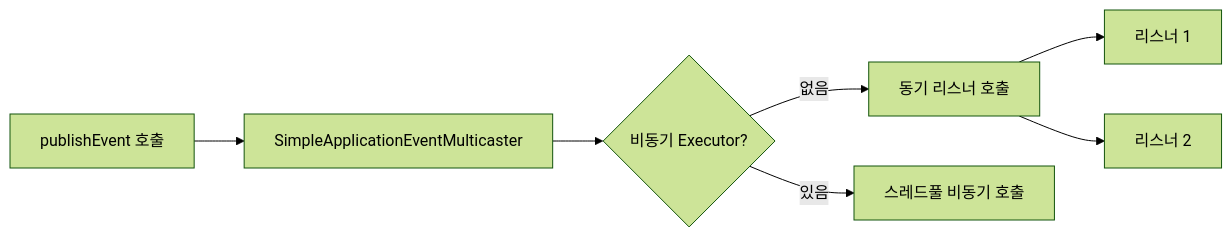
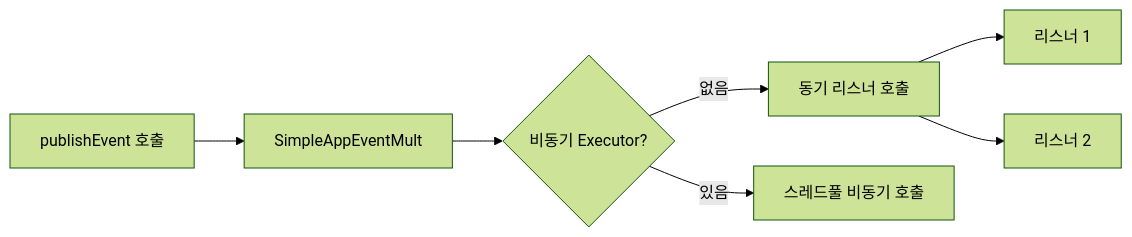
One commit to yjkim2015/yjkim2015.github.io changed the third of 7 diagrams in _posts/spring/2026-05-02-spring-core-advanced.md. Above: the diagram before and after it, drawn with Mermaid (forest theme). The commit also changed other lines of this file and 245 other files, not shown here.

First line of the commit message:
Mermaid 다이어그램 전면 수정 + 면접 포인트 접기/펼치기 + DB 데드락 페이지

````diff
--- a/_posts/spring/2026-05-02-spring-core-advanced.md
+++ b/_posts/spring/2026-05-02-spring-core-advanced.md
@@ -637,9 +637,9 @@
 ```mermaid
 graph LR
-    A["publishEvent 호출"] --> B["SimpleApplicationEventMulticaster"]
+    A["publishEvent 호출"] --> B["SimpleAppEventMult"]
     B --> C{"비동기 Executor?"}
     C -->|"없음"| D["동기 리스너 호출"]
     C -->|"있음"| E["스레드풀 비동기 호출"]
     D --> F["리스너 1"]
     D --> G["리스너 2"]
 ```
````
